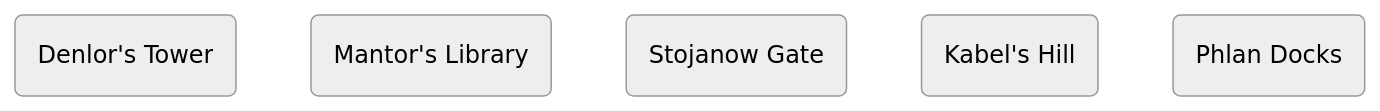
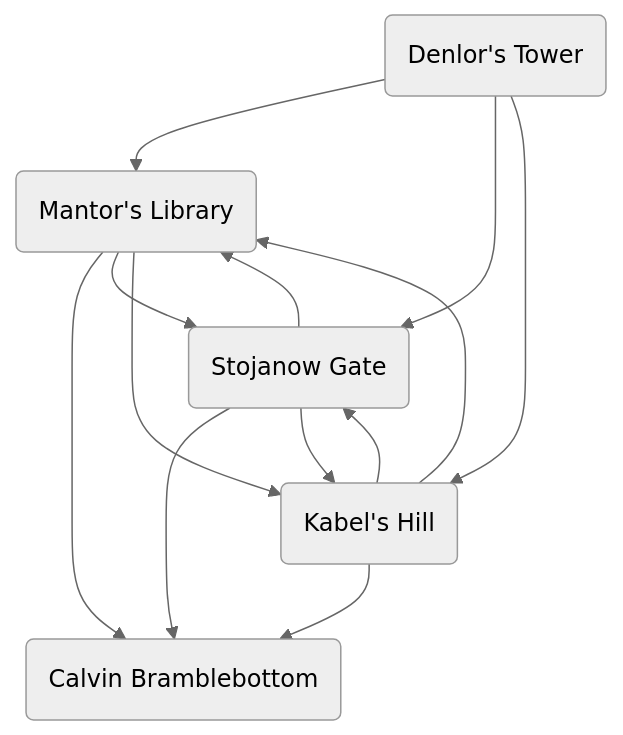
Before and after one commit to thatbudakguy/qg: the diagram in adventures/cult-strikes-back-pt-1.md, drawn with Mermaid (neutral theme). The commit also changed 7 other files, not shown here.

````diff
--- a/adventures/cult-strikes-back-pt-1.md
+++ b/adventures/cult-strikes-back-pt-1.md
@@ -3,10 +3,16 @@
 ```mermaid
-graph TD
+flowchart TD
 
-%% Nodes
-id1(Denlor's Tower)
-id2(Mantor's Library)
-id3(Stojanow Gate)
-id4(Kabel's Hill)
-id5(Phlan Docks)
+%% nodes
+a(Denlor's Tower)
+b(Mantor's Library)
+c(Stojanow Gate)
+d(Kabel's Hill)
+e(Calvin Bramblebottom)
+
+%% links
+a --> b & c & d --> e
+b --> c & d
+c --> b & d
+d --> b & c
 ```
````
